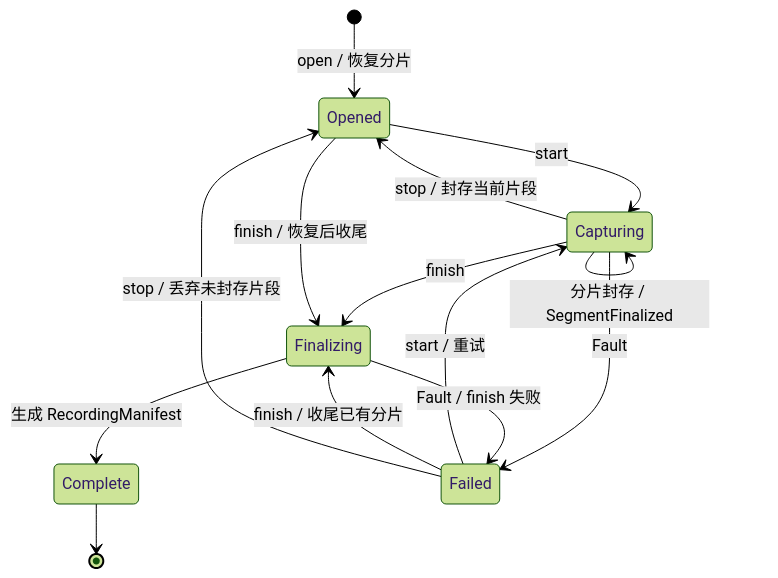
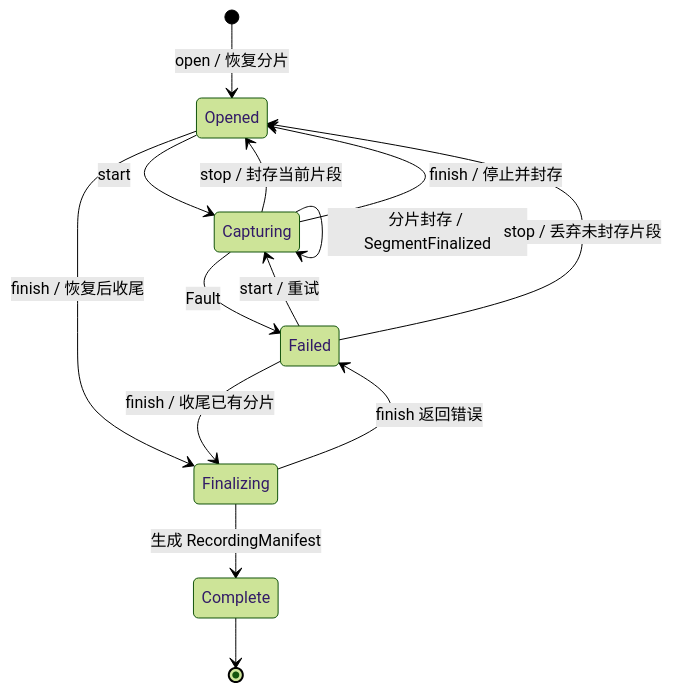
The diagram in docs/design/crates/cvbbmso-recorder.md (BUAA-OJ/CVBBMSO), drawn with Mermaid (forest theme) before and after one commit. The commit also changed other lines of this file and 12 other files, not shown here.

````diff
--- a/docs/design/crates/cvbbmso-recorder.md
+++ b/docs/design/crates/cvbbmso-recorder.md
@@ -101,16 +101,16 @@
 ```mermaid
 stateDiagram-v2
     [*] --> Opened: open / 恢复分片
     Opened --> Capturing: start
     Capturing --> Capturing: 分片封存 / SegmentFinalized
     Capturing --> Opened: stop / 封存当前片段
-    Capturing --> Finalizing: finish
+    Capturing --> Opened: finish / 停止并封存
     Opened --> Finalizing: finish / 恢复后收尾
     Finalizing --> Complete: 生成 RecordingManifest
     Capturing --> Failed: Fault
-    Finalizing --> Failed: Fault / finish 失败
+    Finalizing --> Failed: finish 返回错误
     Failed --> Capturing: start / 重试
     Failed --> Finalizing: finish / 收尾已有分片
     Failed --> Opened: stop / 丢弃未封存片段
     Complete --> [*]
 ```
````
